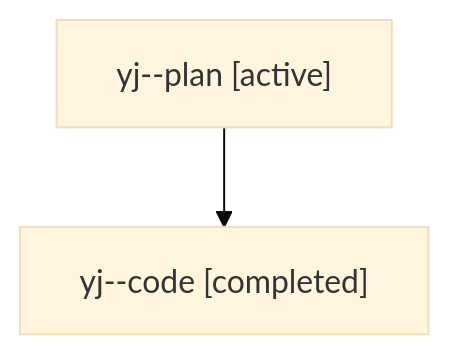
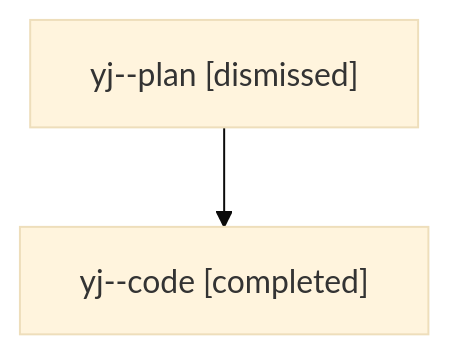
Before and after one commit to sase-org/sase--agents: the diagram in sessions/bbugyi200.athena.yj.md, drawn with Mermaid (base theme). The commit also changed other lines of this file and 18 other files, not shown here.

````diff
--- a/sessions/bbugyi200.athena.yj.md
+++ b/sessions/bbugyi200.athena.yj.md
@@ -9,6 +9,6 @@
 ```mermaid
 flowchart TD
-  n0["yj--plan [active]"]
+  n0["yj--plan [dismissed]"]
   n1["yj--code [completed]"]
   n0 --> n1
 ```
````
